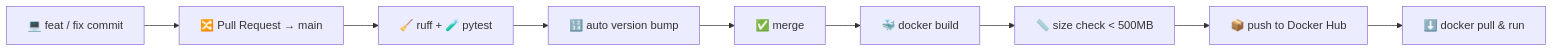
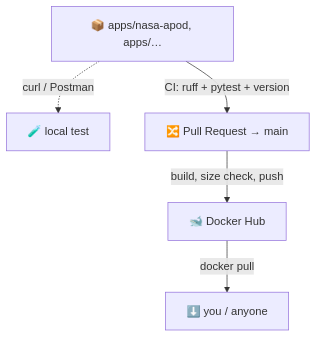
Before and after one commit to josabi-Es/micro-tools-hub: the diagram in README.md, drawn with Mermaid. The commit also changed other lines of this file, not shown here.

Commit message:
docs: simplify diagram

````diff
--- a/README.md
+++ b/README.md
@@ -13,11 +14,7 @@
 ```mermaid
-flowchart LR
-    A["💻 feat / fix commit"] --> B["🔀 Pull Request → main"]
-    B --> C["🧹 ruff + 🧪 pytest"]
-    C --> D["🔢 auto version bump"]
-    D --> E["✅ merge"]
-    E --> F["🐳 docker build"]
-    F --> G["📏 size check < 500MB"]
-    G --> H["📦 push to Docker Hub"]
-    H --> I["⬇️ docker pull & run"]
+flowchart TD
+    Apps["📦 apps/nasa-apod, apps/…"] -.->|"curl / Postman"| Local["🧪 local test"]
+    Apps -->|"CI: ruff + pytest + version "| PR["🔀 Pull Request → main"]
+    PR -->|"build, size check, push"| Hub["🐋 Docker Hub"]
+    Hub -->|"docker pull"| You["⬇️ you / anyone"]
 ```
````
